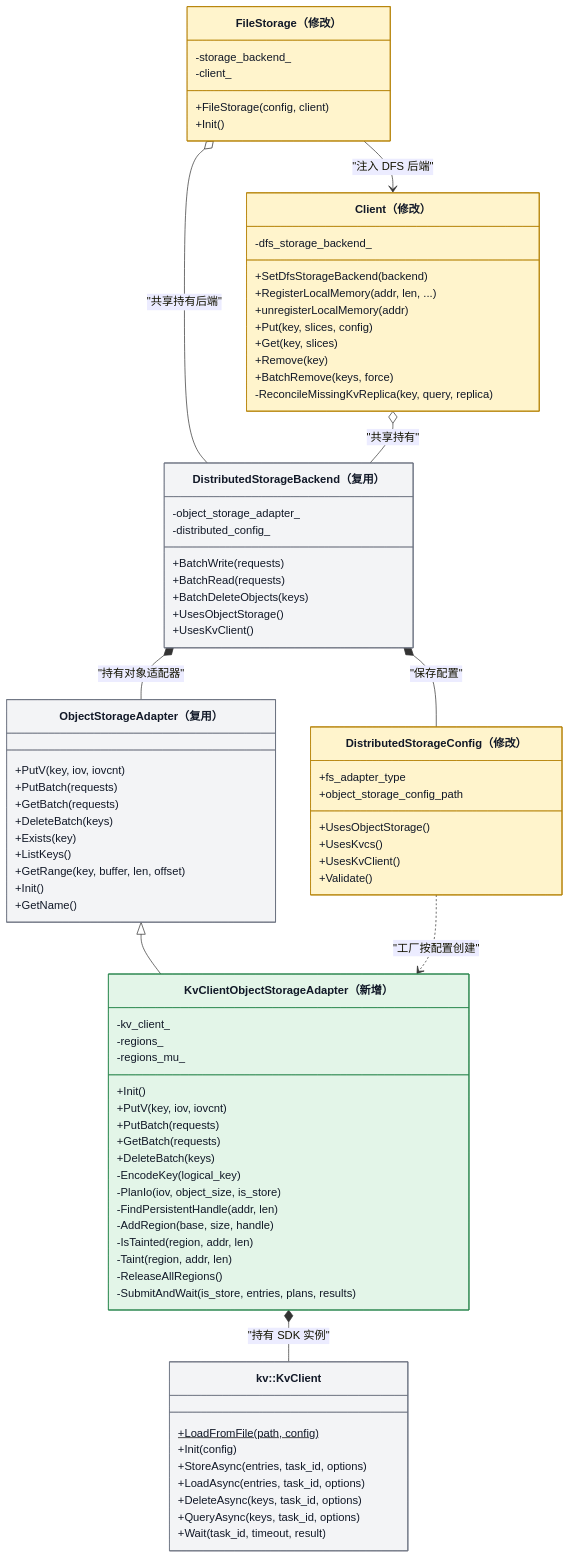
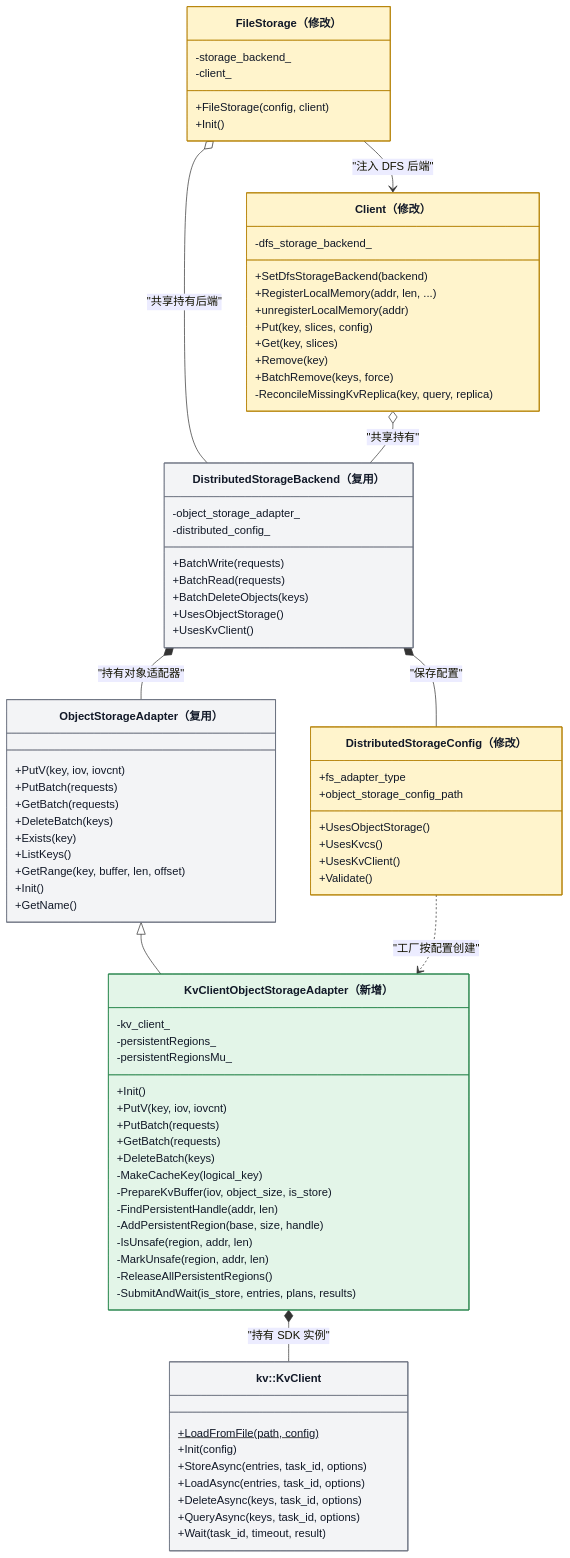
One commit to zwj20000328-dotcom/Mooncake-documents changed the second of 13 diagrams in Mooncake + KVClient L3 接入（Kvcs）- v3.md. Above: the diagram before and after it, drawn with Mermaid. The commit also changed other lines of this file, not shown here.

```diff
--- a/Mooncake + KVClient L3 接入（Kvcs）- v3.md
+++ b/Mooncake + KVClient L3 接入（Kvcs）- v3.md
@@ -177,20 +177,20 @@
    
     class KvClientObjectStorageAdapter["KvClientObjectStorageAdapter（新增）"] {
         -kv_client_
-        -regions_
-        -regions_mu_
+        -persistentRegions_
+        -persistentRegionsMu_
         +Init()
         +PutV(key, iov, iovcnt)
         +PutBatch(requests)
         +GetBatch(requests)
         +DeleteBatch(keys)
-        -EncodeKey(logical_key)
-        -PlanIo(iov, object_size, is_store)
+        -MakeCacheKey(logical_key)
+        -PrepareKvBuffer(iov, object_size, is_store)
         -FindPersistentHandle(addr, len)
-        -AddRegion(base, size, handle)
-        -IsTainted(region, addr, len)
-        -Taint(region, addr, len)
-        -ReleaseAllRegions()
+        -AddPersistentRegion(base, size, handle)
+        -IsUnsafe(region, addr, len)
+        -MarkUnsafe(region, addr, len)
+        -ReleaseAllPersistentRegions()
         -SubmitAndWait(is_store, entries, plans, results)
     }
 
```
